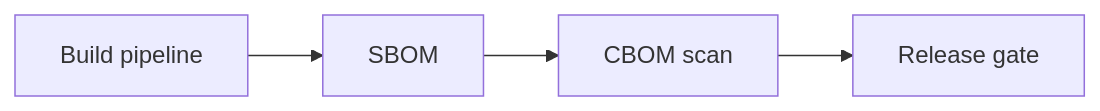
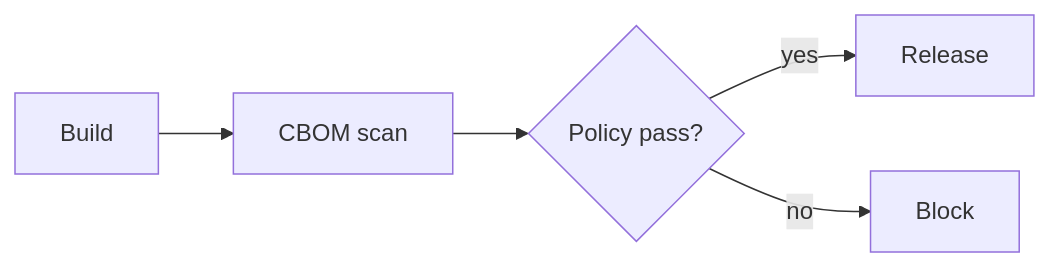
The second of 2 diagrams in manuscript/chapters/20-cbom.md (kalyogyogi-ui/Ai-check-), drawn with Mermaid before and after one commit. The commit also changed other lines of this file and 31 other files, not shown here.

First line of the commit message:
Fix figure placement: in-section after intro text, repair corrupted headings

````diff
--- a/manuscript/chapters/20-cbom.md
+++ b/manuscript/chapters/20-cbom.md
@@ -59,6 +410,7 @@
 ```mermaid
 flowchart LR
-  Build[Build pipeline] --> SBOM[SBOM]
-  SBOM --> CBOM[CBOM scan]
-  CBOM --> Gate[Release gate]
+  BUILD[Build] --> SCAN[CBOM scan]
+  SCAN --> GATE{Policy pass?}
+  GATE -->|yes| REL[Release]
+  GATE -->|no| FAIL[Block]
 ```
````
